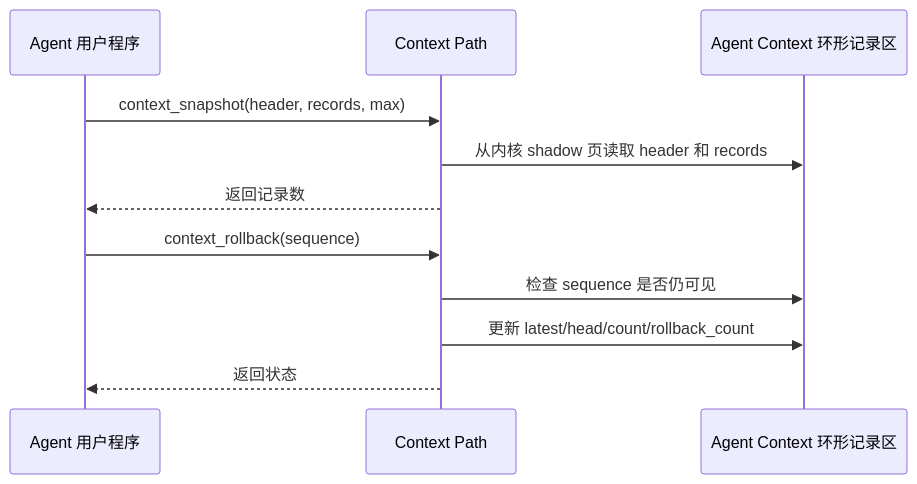
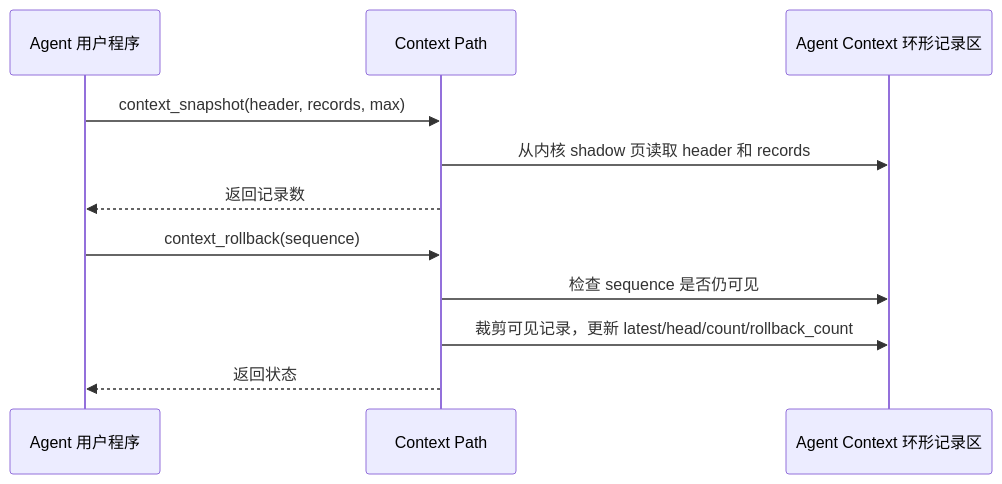
Before and after one commit to yushugulao/Agent-OS: the sixth of 7 diagrams in docs/design.md, drawn with Mermaid. The commit also changed other lines of this file and 39 other files, not shown here.

````diff
--- a/docs/design.md
+++ b/docs/design.md
@@ -167,13 +194,13 @@
 ```mermaid
 sequenceDiagram
     participant U as Agent 用户程序
     participant A as Context Path
     participant C as Agent Context 环形记录区
     U->>A: context_snapshot(header, records, max)
     A->>C: 从内核 shadow 页读取 header 和 records
     A-->>U: 返回记录数
     U->>A: context_rollback(sequence)
     A->>C: 检查 sequence 是否仍可见
-    A->>C: 更新 latest/head/count/rollback_count
+    A->>C: 裁剪可见记录，更新 latest/head/count/rollback_count
     A-->>U: 返回状态
 ```
````
